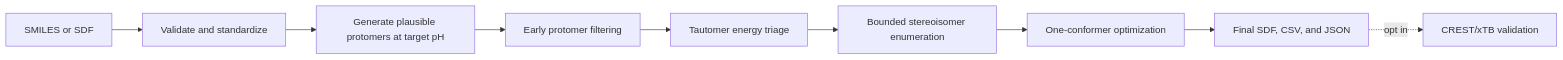
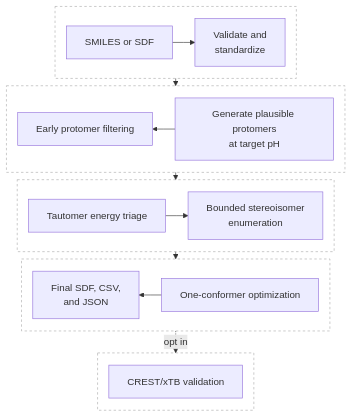
The diagram in README.md (tevang/dominant-structural-variant-ranker), drawn with Mermaid before and after one commit.

Commit message:
Refine flowchart layout in README.md using Mermaid configuration

````diff
--- a/README.md
+++ b/README.md
@@ -11,11 +11,39 @@
 ```mermaid
-flowchart LR
-    A[SMILES or SDF] --> B[Validate and standardize]
-    B --> C[Generate plausible protomers at target pH]
-    C --> D[Early protomer filtering]
-    D --> E[Tautomer energy triage]
-    E --> F[Bounded stereoisomer enumeration]
-    F --> G[One-conformer optimization]
-    G --> H[Final SDF, CSV, and JSON]
-    H -. opt in .-> I[CREST/xTB validation]
+%%{init: {"flowchart": {"nodeSpacing": 20, "rankSpacing": 12, "diagramPadding": 4, "subGraphTitleMargin": {"top": 0, "bottom": 0}, "curve": "linear"}}}%%
+flowchart TB
+    subgraph row1[" "]
+        direction LR
+        A[SMILES or SDF] --> B[Validate and<br/>standardize]
+    end
+
+    subgraph row2[" "]
+        direction RL
+        C[Generate plausible protomers<br/>at target pH] --> D[Early protomer filtering]
+    end
+
+    subgraph row3[" "]
+        direction LR
+        E[Tautomer energy triage] --> F[Bounded stereoisomer<br/>enumeration]
+    end
+
+    subgraph row4[" "]
+        direction RL
+        G[One-conformer optimization] --> H[Final SDF, CSV,<br/>and JSON]
+    end
+
+    subgraph row5[" "]
+        I[CREST/xTB validation]
+    end
+
+    %% Connect row containers so external links do not override row directions.
+    row1 --> row2
+    row2 --> row3
+    row3 --> row4
+    row4 -. opt in .-> row5
+
+    style row1 fill:none,stroke:#aaa,stroke-width:1px,stroke-dasharray:4 4
+    style row2 fill:none,stroke:#aaa,stroke-width:1px,stroke-dasharray:4 4
+    style row3 fill:none,stroke:#aaa,stroke-width:1px,stroke-dasharray:4 4
+    style row4 fill:none,stroke:#aaa,stroke-width:1px,stroke-dasharray:4 4
+    style row5 fill:none,stroke:#aaa,stroke-width:1px,stroke-dasharray:4 4
 ```
````
